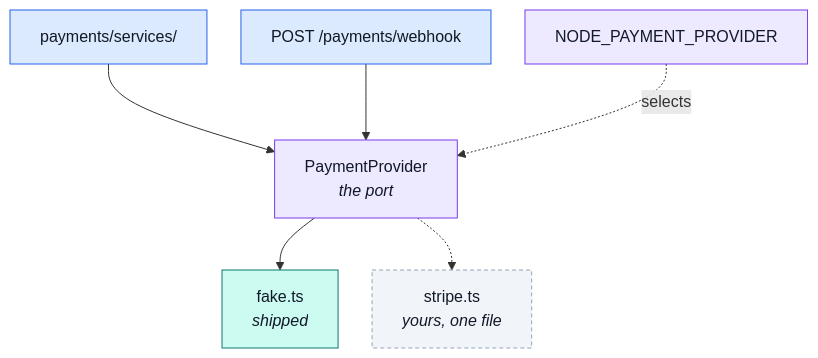
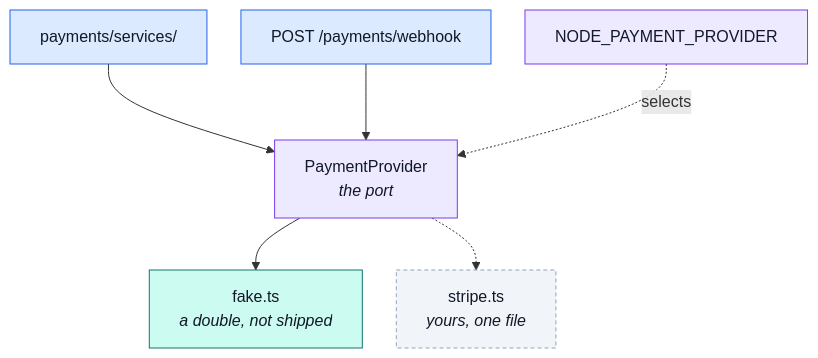
The diagram in docs/modules/payments-provider-port.md (Guebbit/boilerplate-node-backend), drawn with Mermaid before and after one commit. The commit also changed other lines of this file and 63 other files, not shown here.

````diff
--- a/docs/modules/payments-provider-port.md
+++ b/docs/modules/payments-provider-port.md
@@ -41,18 +41,18 @@
 ```mermaid
 %%{init: {'flowchart': {'nodeSpacing': 34, 'rankSpacing': 52}}}%%
 flowchart TD
     S["payments/services/"] --> P["PaymentProvider<br/><i>the port</i>"]
     W["POST /payments/webhook"] --> P
-    P --> F["fake.ts<br/><i>shipped</i>"]
+    P --> F["fake.ts<br/><i>a double, not shipped</i>"]
     P -.-> X["stripe.ts<br/><i>yours, one file</i>"]
     E["NODE_PAYMENT_PROVIDER"] -.->|"selects"| P
 
     classDef app fill:#dbeafe,stroke:#2563eb,color:#111827;
     classDef port fill:#ede9fe,stroke:#7c3aed,color:#111827;
     classDef impl fill:#ccfbf1,stroke:#0f766e,color:#111827;
     classDef future fill:#f1f5f9,stroke:#94a3b8,color:#111827,stroke-dasharray: 4 3;
     class S,W app;
     class P,E port;
     class F impl;
     class X future;
 ```
````
